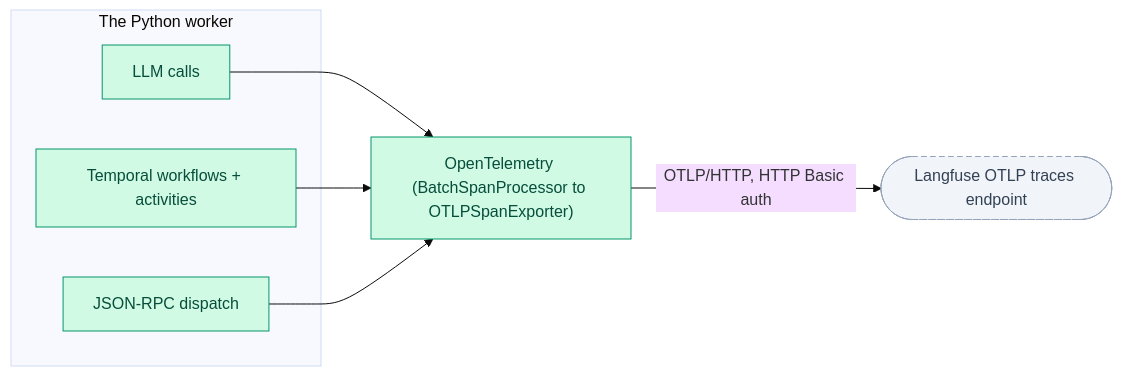
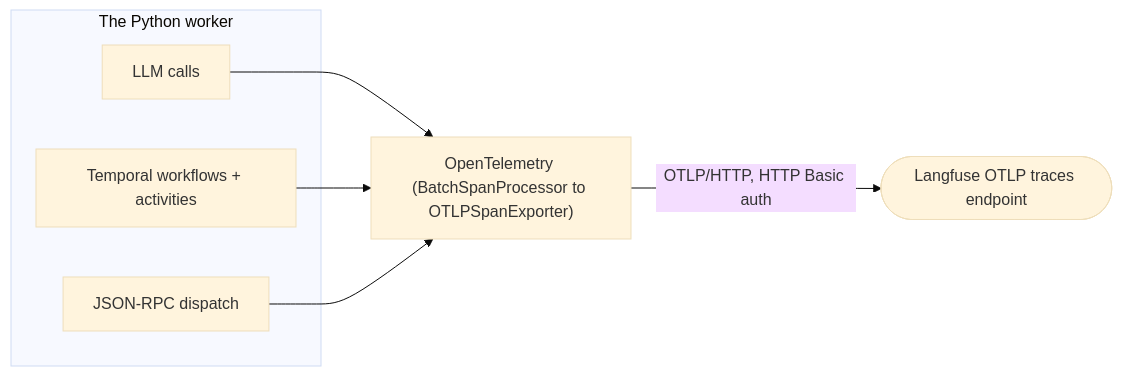
One commit to ebarti/JobCtrl changed the diagram in docs/architecture/observability.md. Above: the diagram before and after it, drawn with Mermaid (base theme). The commit also changed 46 other files, not shown here.

````diff
--- a/docs/architecture/observability.md
+++ b/docs/architecture/observability.md
@@ -9,19 +9,17 @@
 ```mermaid
 flowchart LR
     subgraph Worker["The Python worker"]
         LLM["LLM calls"]
         WF["Temporal workflows + activities"]
         RPC["JSON-RPC dispatch"]
     end
     OTel["OpenTelemetry (BatchSpanProcessor to OTLPSpanExporter)"]
     LF(["Langfuse OTLP traces endpoint"])
     LLM --> OTel
     WF --> OTel
     RPC --> OTel
     OTel -->|"OTLP/HTTP, HTTP Basic auth"| LF
 
-    classDef py fill:#d1fae5,stroke:#059669,color:#064e3b
-    classDef ext fill:#f1f5f9,stroke:#94a3b8,color:#334155,stroke-dasharray:5 4
     class LLM,WF,RPC,OTel py
     class LF ext
 ```
````
